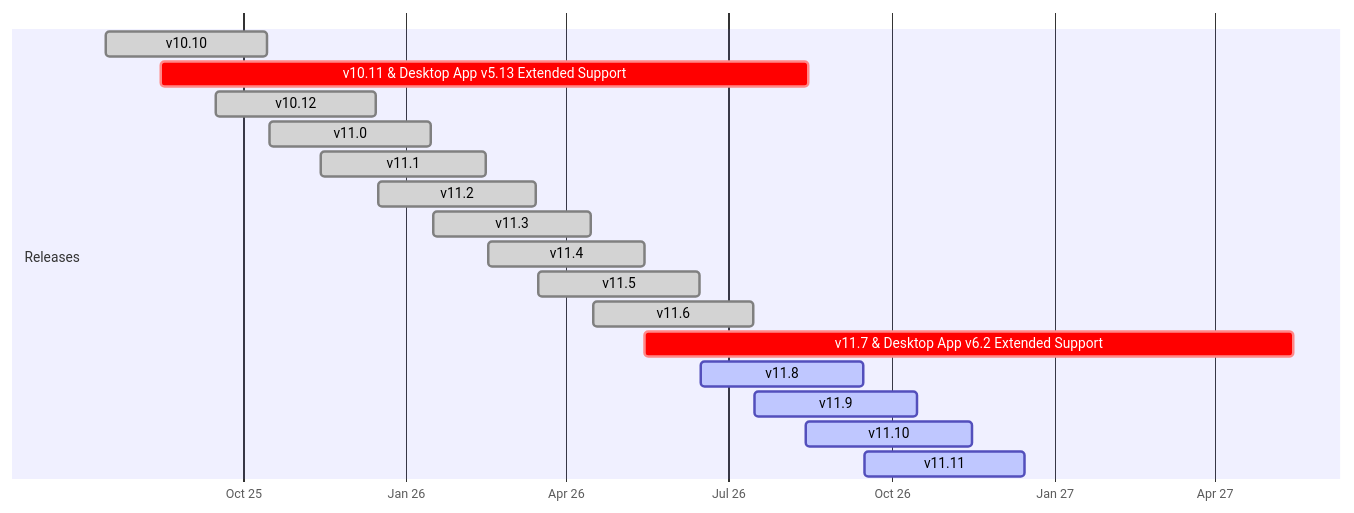
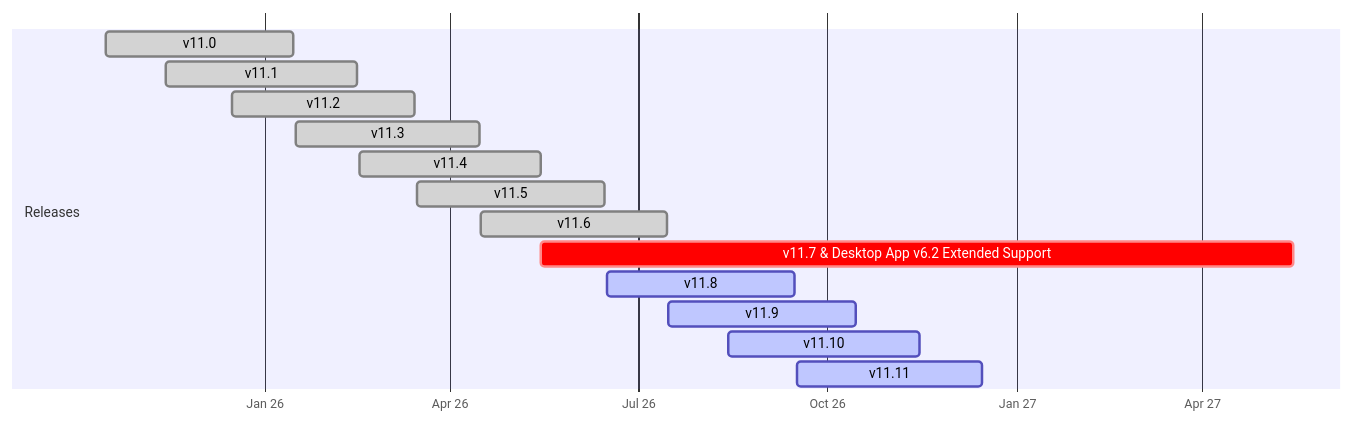
Before and after one commit to mattermost/docs: the diagram in source/product-overview/release-policy.md, drawn with Mermaid. The commit also changed other lines of this file, not shown here.

````diff
--- a/source/product-overview/release-policy.md
+++ b/source/product-overview/release-policy.md
@@ -44,23 +44,20 @@
 ```{mermaid}
 
 gantt
     dateFormat  YYYY-MM-DD
     axisFormat  %b %y
 
     section Releases
-    v10.10                 :done, 2025-07-16, 2025-10-15
-    v10.11 & Desktop App v5.13 Extended Support :crit,    2025-08-16, 2026-08-15
-    v10.12                 :done, 2025-09-16, 2025-12-15
     v11.0                  :done, 2025-10-16, 2026-01-15
     v11.1                  :done, 2025-11-14, 2026-02-15
     v11.2                  :done, 2025-12-16, 2026-03-15
     v11.3                  :done, 2026-01-16, 2026-04-15
     v11.4                  :done, 2026-02-16, 2026-05-15
     v11.5                  :done, 2026-03-16, 2026-06-15
     v11.6                  :done, 2026-04-16, 2026-07-15
     v11.7 & Desktop App v6.2 Extended Support :crit,    2026-05-15, 2027-05-15
     v11.8                  :active, 2026-06-16, 2026-09-15
     v11.9                  :active, 2026-07-16, 2026-10-15
     v11.10                 :active, 2026-08-14, 2026-11-15
     v11.11                 :active, 2026-09-16, 2026-12-15
 ```
````
